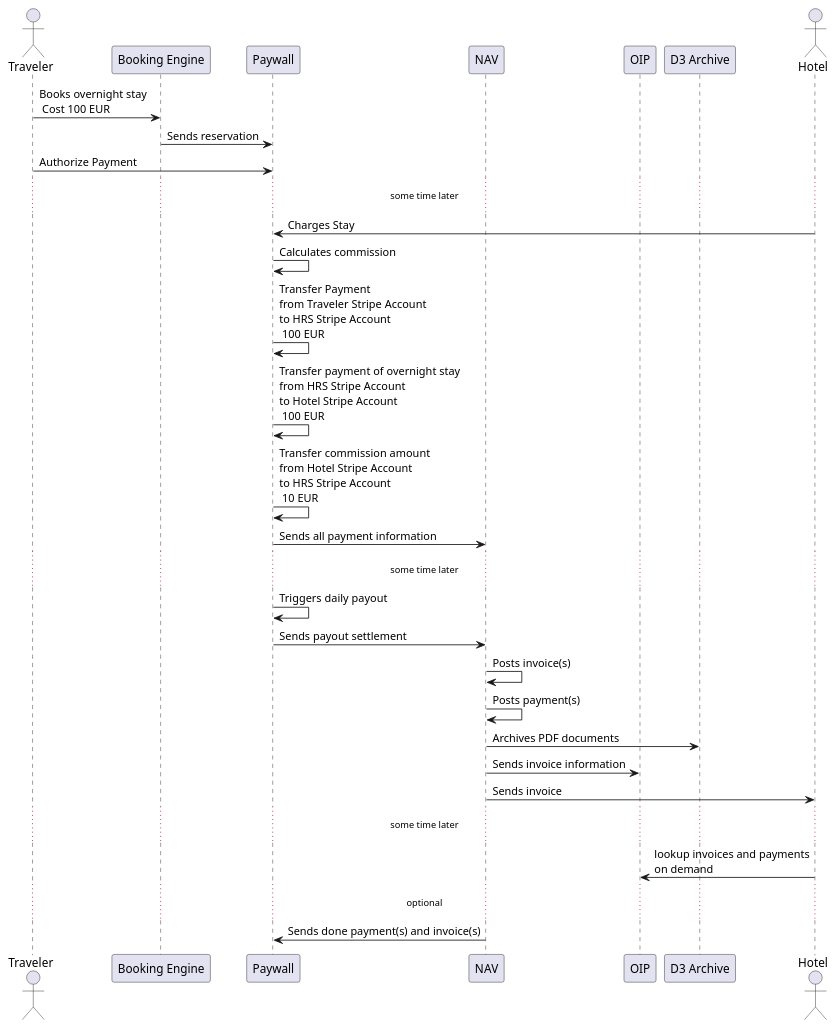
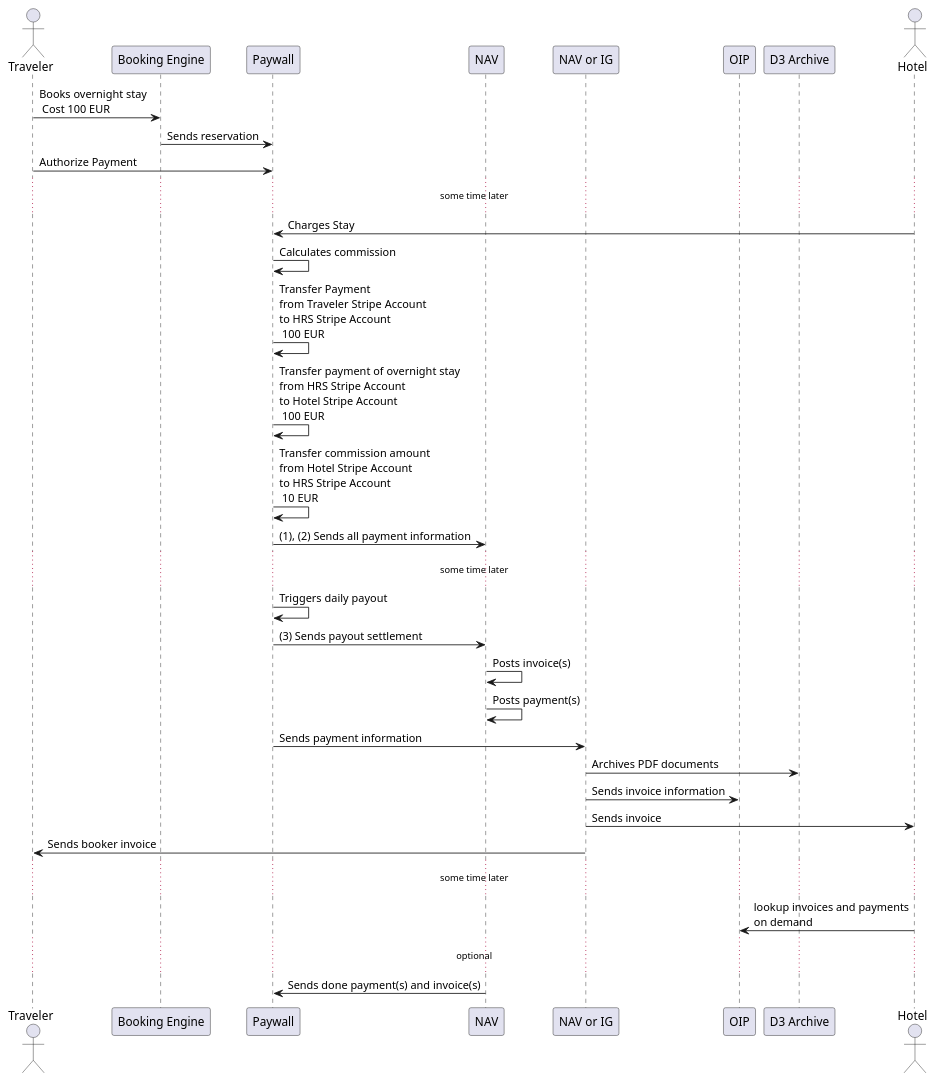
The diagram in diagram/paywall.puml (marquardt-informatik/OIPtoSAP), drawn with PlantUML before and after one commit. The commit also changed 1 other file, not shown here.

Commit message:
paywall commit

```diff
--- a/diagram/paywall.puml
+++ b/diagram/paywall.puml
@@ -1,32 +1,35 @@
 @startuml
 actor Traveler
 participant "Booking Engine" as BookingEngine
 participant "Paywall" as Paywall
 participant "NAV" as NAV
+participant "NAV or IG" as NAV_OR_IG
 participant "OIP" as OIP
 participant "D3 Archive" as D3Archive
 actor Hotel
 
 Traveler -> BookingEngine : Books overnight stay\n Cost 100 EUR
 BookingEngine -> Paywall : Sends reservation
 Traveler -> Paywall : Authorize Payment
 ... some time later ...
 Hotel -> Paywall : Charges Stay
 Paywall -> Paywall : Calculates commission
 Paywall -> Paywall : Transfer Payment \nfrom Traveler Stripe Account\nto HRS Stripe Account\n 100 EUR
 Paywall -> Paywall : Transfer payment of overnight stay\nfrom HRS Stripe Account \nto Hotel Stripe Account\n 100 EUR
 Paywall -> Paywall : Transfer commission amount\nfrom Hotel Stripe Account \nto HRS Stripe Account\n 10 EUR
-Paywall -> NAV : Sends all payment information
+Paywall -> NAV : (1), (2) Sends all payment information
 ... some time later ...
 Paywall -> Paywall : Triggers daily payout
-Paywall -> NAV : Sends payout settlement
+Paywall -> NAV : (3) Sends payout settlement
 NAV -> NAV : Posts invoice(s)
 NAV -> NAV : Posts payment(s)
-NAV -> D3Archive : Archives PDF documents
-NAV -> OIP : Sends invoice information
-NAV -> Hotel : Sends invoice
+Paywall -> NAV_OR_IG : Sends payment information
+NAV_OR_IG -> D3Archive : Archives PDF documents
+NAV_OR_IG -> OIP : Sends invoice information
+NAV_OR_IG -> Hotel : Sends invoice
+NAV_OR_IG -> Traveler : Sends booker invoice
 ... some time later ...
 Hotel -> OIP : lookup invoices and payments\non demand
 ... optional ...
 NAV -> Paywall : Sends done payment(s) and invoice(s)
 @enduml
```
